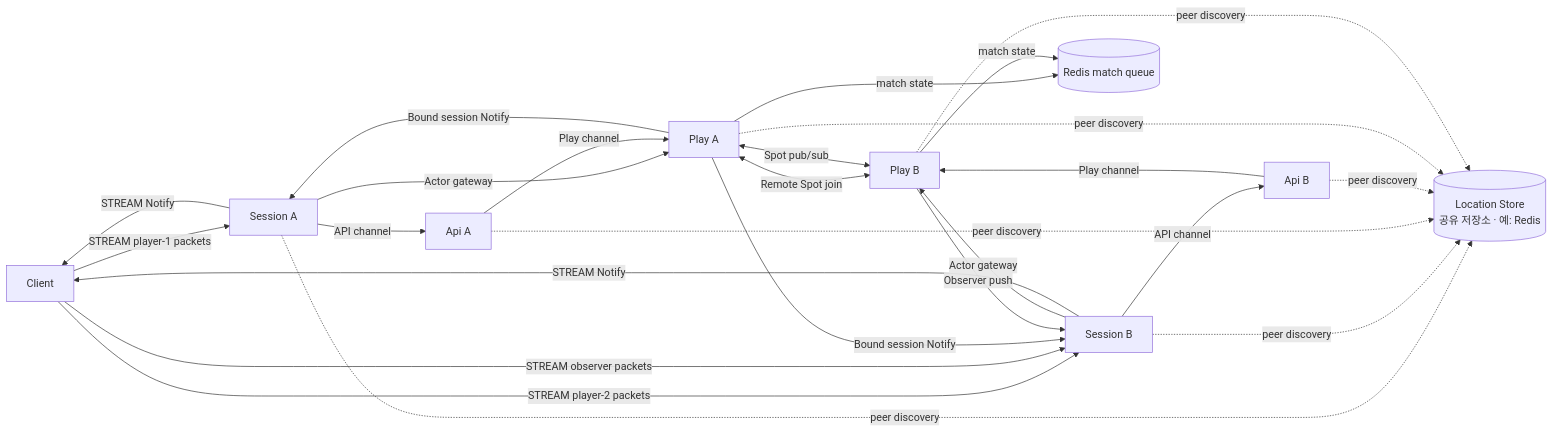
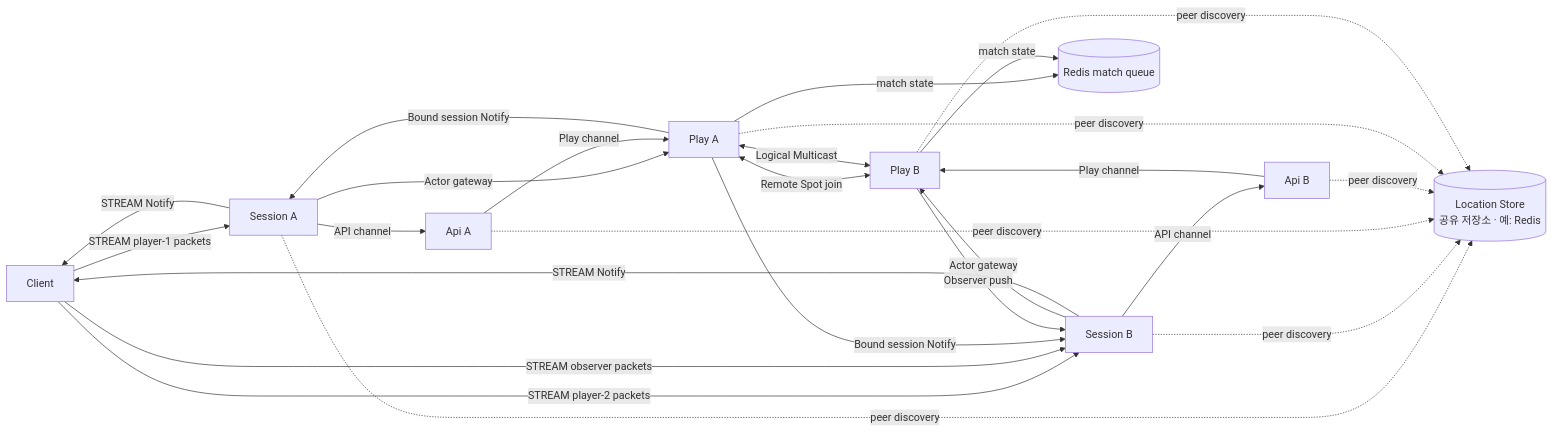
One commit to kairos-code-dev/zlink changed the first of 5 diagrams in framework/doc/framework/common/sample/bingo/README.ko.md. Above: the diagram before and after it, drawn with Mermaid. The commit also changed other lines of this file and 293 other files, not shown here.

````diff
--- a/framework/doc/framework/common/sample/bingo/README.ko.md
+++ b/framework/doc/framework/common/sample/bingo/README.ko.md
@@ -60,37 +60,37 @@
 ```mermaid
 graph LR
     C[Client]
     SA[Session A]
     SB[Session B]
     APIA[Api A]
     APIB[Api B]
     PA[Play A]
     PB[Play B]
     LS[("Location Store<br/>공유 저장소 · 예: Redis")]
     REDIS[(Redis match queue)]
 
     C -->|STREAM player-1 packets| SA
     C -->|STREAM player-2 packets| SB
     C -->|STREAM observer packets| SB
     SA -->|API channel| APIA
     SB -->|API channel| APIB
     SA -->|Actor gateway| PA
     SB -->|Actor gateway| PB
     APIA -->|Play channel| PA
     APIB -->|Play channel| PB
     PA <-->|Remote Spot join| PB
-    PA <-->|Spot pub/sub| PB
+    PA <-->|Logical Multicast| PB
     PA -->|match state| REDIS
     PB -->|match state| REDIS
     PA -->|Bound session Notify| SA
     PA -->|Bound session Notify| SB
     PB -->|Observer push| SB
     SA -->|STREAM Notify| C
     SB -->|STREAM Notify| C
     SA -. peer discovery .-> LS
     SB -. peer discovery .-> LS
     APIA -. peer discovery .-> LS
     APIB -. peer discovery .-> LS
     PA -. peer discovery .-> LS
     PB -. peer discovery .-> LS
 ```
````
